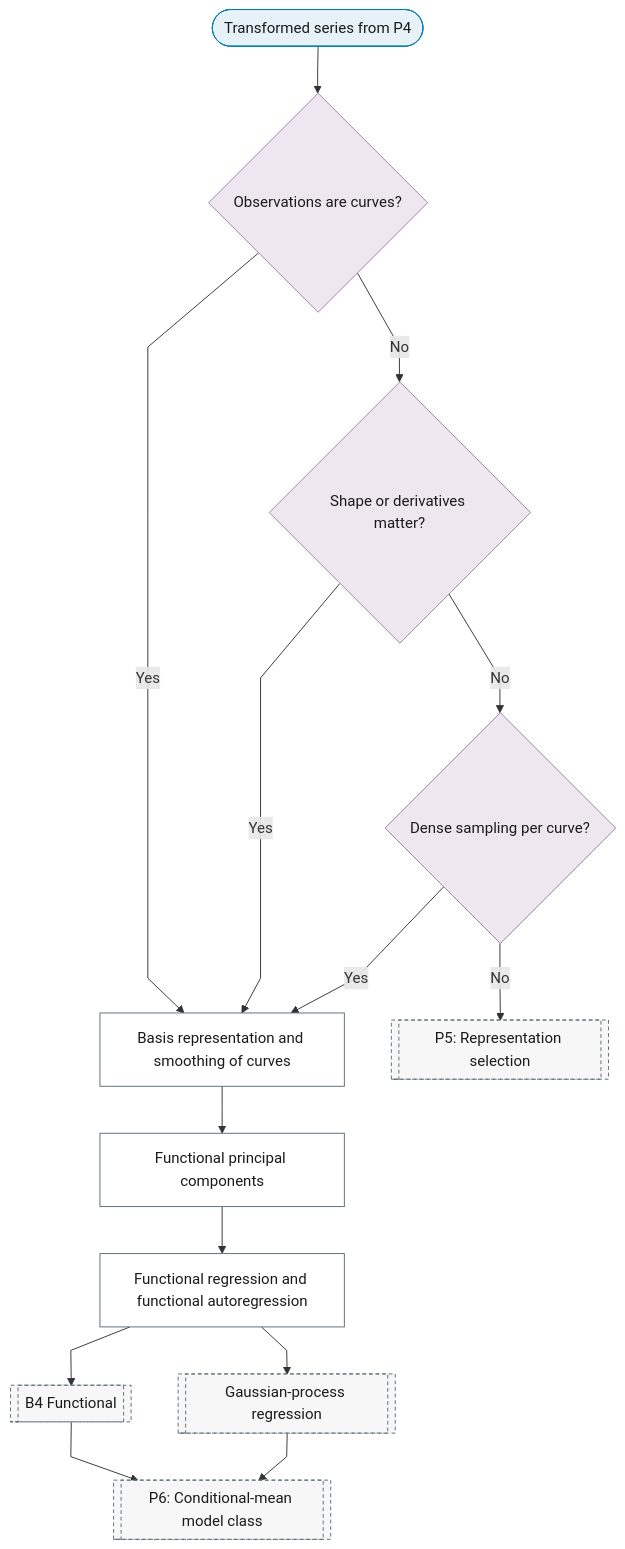
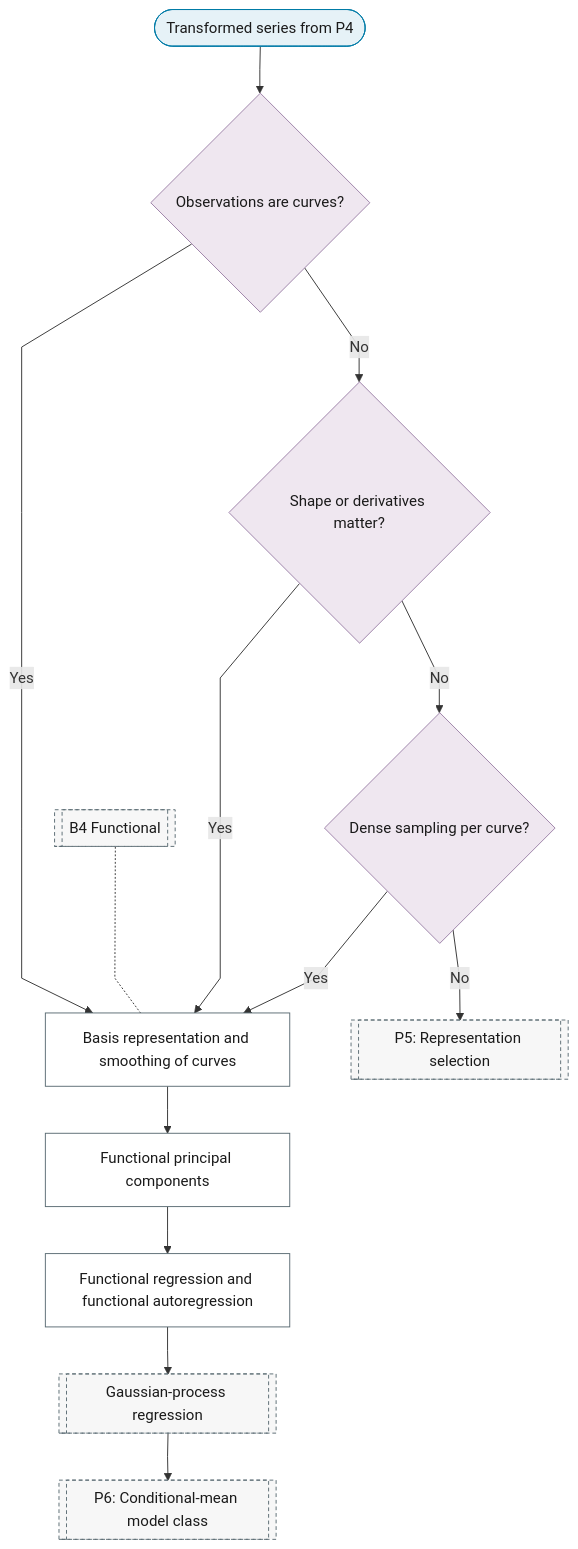
One commit to Shuxin-Y/time-series-analysis-manual changed the diagram in docs/01-workflow/p05-representation/05-functional.md. Above: the diagram before and after it, drawn with Mermaid. The commit also changed 4 other files, not shown here.

First line of the commit message:
fix(flowchart): part entries repeat the question; representation charts keep the spine edge

````diff
--- a/docs/01-workflow/p05-representation/05-functional.md
+++ b/docs/01-workflow/p05-representation/05-functional.md
@@ -7,28 +7,28 @@
 ```mermaid
 %%{init: {"flowchart": {"curve": "linear"}}}%%
 graph TD
     P5_FN_IN(["Transformed series from P4"]) --> P5_FN_CURVES{"Observations are curves?"}
     P5_FN_CURVES -->|"Yes"| P5_FN_BASIS["Basis representation and smoothing of curves"]
     P5_FN_CURVES -->|"No"| P5_FN_SHAPE{"Shape or derivatives matter?"}
     P5_FN_SHAPE -->|"Yes"| P5_FN_BASIS
     P5_FN_SHAPE -->|"No"| P5_FN_DENSE{"Dense sampling per curve?"}
     P5_FN_DENSE -->|"Yes"| P5_FN_BASIS
     P5_FN_DENSE -->|"No"| P5[["P5: Representation selection"]]
     P5_FN_BASIS --> P5_FN_FPCA["Functional principal components"]
     P5_FN_FPCA --> P5_FN_REGRESSION["Functional regression and functional autoregression"]
-    P5_FN_REGRESSION --> B4[["B4 Functional"]]
+    B4[["B4 Functional"]] -.- P5_FN_BASIS
     P5_FN_REGRESSION --> P6_GAUSSIAN_PROCESS[["Gaussian-process regression"]]
-    B4 & P6_GAUSSIAN_PROCESS --> P6[["P6: Conditional-mean model class"]]
+    P6_GAUSSIAN_PROCESS --> P6[["P6: Conditional-mean model class"]]
     class P5_FN_IN terminator
     class P5_FN_CURVES,P5_FN_SHAPE,P5_FN_DENSE decision
     class P5_FN_BASIS,P5_FN_FPCA,P5_FN_REGRESSION process
     class P5,B4,P6_GAUSSIAN_PROCESS,P6 ref
     classDef terminator fill:#E6F2F7,stroke:#007BA7,color:#1A1A1A;
     classDef process fill:#FFFFFF,stroke:#5A6B73,color:#1A1A1A;
     classDef decision fill:#EFE7F0,stroke:#9B7FA7,color:#1A1A1A;
     classDef data fill:#FFF4E0,stroke:#C9A55E,color:#1A1A1A;
     classDef good fill:#DCEFD8,stroke:#4A7A3F,color:#1A1A1A;
     classDef escalate fill:#FFE9C2,stroke:#C9A55E,color:#1A1A1A;
     classDef problem fill:#F2D9DE,stroke:#800020,color:#1A1A1A;
     classDef ref fill:#F7F7F7,stroke:#5A6B73,color:#1A1A1A,stroke-dasharray:4 3;
 ```
````
